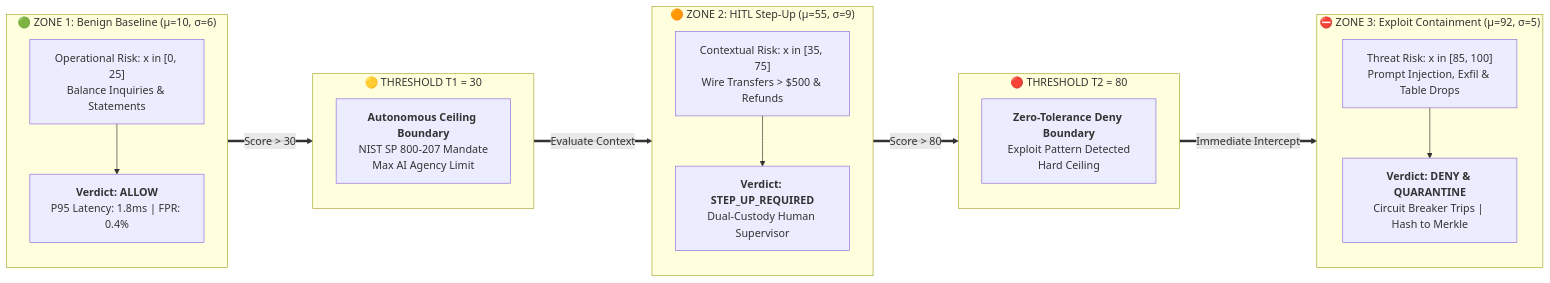
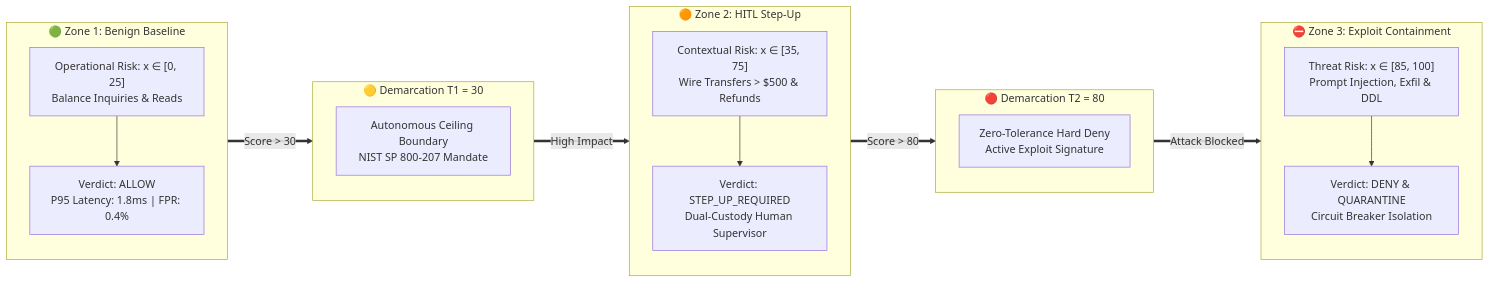
The fourth of 6 diagrams in README.md (SATTWIK-DEBNATH/HACKURITY-S), drawn with Mermaid before and after one commit. The commit also changed other lines of this file and 2 other files, not shown here.

Commit message:
docs: streamline Mermaid diagrams to clean beginning style, restore SVG charts, and preserve all annotations

````diff
--- a/README.md
+++ b/README.md
@@ -211,50 +184,49 @@
 ```mermaid
 flowchart LR
     %% Tri-Tier Gaussian Decision Separation & Demarcation Thresholds
     classDef benign fill:#064e3b,stroke:#10b981,stroke-width:2px,color:#fff;
-    classDef boundary1 fill:#78350f,stroke:#f59e0b,stroke-width:2px,color:#fff,stroke-dasharray: 4 4;
+    classDef boundary fill:#78350f,stroke:#f59e0b,stroke-width:2px,stroke-dasharray: 4 4,color:#fff;
     classDef hitl fill:#451a03,stroke:#fb923c,stroke-width:2px,color:#fff;
-    classDef boundary2 fill:#831843,stroke:#f43f5e,stroke-width:2px,color:#fff,stroke-dasharray: 4 4;
     classDef exploit fill:#4c0519,stroke:#ef4444,stroke-width:2px,color:#fff;
 
-    subgraph ZoneA ["🟢 ZONE 1: Benign Baseline (μ=10, σ=6)"]
+    subgraph Z1 ["🟢 Zone 1: Benign Baseline"]
         direction TB
-        ZA1["Operational Risk: x in [0, 25]<br/>Balance Inquiries & Statements"]
-        ZA2["<b>Verdict: ALLOW</b><br/>P95 Latency: 1.8ms | FPR: 0.4%"]
-        ZA1 --> ZA2
+        A1["Operational Risk: x ∈ [0, 25]<br/>Balance Inquiries & Reads"]
+        A2["Verdict: ALLOW<br/>P95 Latency: 1.8ms | FPR: 0.4%"]
+        A1 --> A2
     end
-    class ZoneA benign;
+    class Z1 benign;
 
-    subgraph Gate1 ["🟡 THRESHOLD T1 = 30"]
+    subgraph T1 ["🟡 Demarcation T1 = 30"]
         direction TB
-        G1["<b>Autonomous Ceiling Boundary</b><br/>NIST SP 800-207 Mandate<br/>Max AI Agency Limit"]
+        B1["Autonomous Ceiling Boundary<br/>NIST SP 800-207 Mandate"]
     end
-    class Gate1 boundary1;
+    class T1 boundary;
 
-    subgraph ZoneB ["🟠 ZONE 2: HITL Step-Up (μ=55, σ=9)"]
+    subgraph Z2 ["🟠 Zone 2: HITL Step-Up"]
         direction TB
-        ZB1["Contextual Risk: x in [35, 75]<br/>Wire Transfers > $500 & Refunds"]
-        ZB2["<b>Verdict: STEP_UP_REQUIRED</b><br/>Dual-Custody Human Supervisor"]
-        ZB1 --> ZB2
+        C1["Contextual Risk: x ∈ [35, 75]<br/>Wire Transfers > $500 & Refunds"]
+        C2["Verdict: STEP_UP_REQUIRED<br/>Dual-Custody Human Supervisor"]
+        C1 --> C2
     end
-    class ZoneB hitl;
+    class Z2 hitl;
 
-    subgraph Gate2 ["🔴 THRESHOLD T2 = 80"]
+    subgraph T2 ["🔴 Demarcation T2 = 80"]
         direction TB
-        G2["<b>Zero-Tolerance Deny Boundary</b><br/>Exploit Pattern Detected<br/>Hard Ceiling"]
+        D1["Zero-Tolerance Hard Deny<br/>Active Exploit Signature"]
     end
-    class Gate2 boundary2;
+    class T2 boundary;
 
-    subgraph ZoneC ["⛔ ZONE 3: Exploit Containment (μ=92, σ=5)"]
+    subgraph Z3 ["⛔ Zone 3: Exploit Containment"]
         direction TB
-        ZC1["Threat Risk: x in [85, 100]<br/>Prompt Injection, Exfil & Table Drops"]
-        ZC2["<b>Verdict: DENY & QUARANTINE</b><br/>Circuit Breaker Trips | Hash to Merkle"]
-        ZC1 --> ZC2
+        E1["Threat Risk: x ∈ [85, 100]<br/>Prompt Injection, Exfil & DDL"]
+        E2["Verdict: DENY & QUARANTINE<br/>Circuit Breaker Isolation"]
+        E1 --> E2
     end
-    class ZoneC exploit;
+    class Z3 exploit;
 
-    ZoneA ==>|Score > 30| Gate1
-    Gate1 ==>|Evaluate Context| ZoneB
-    ZoneB ==>|Score > 80| Gate2
-    Gate2 ==>|Immediate Intercept| ZoneC
+    Z1 ==>|Score > 30| T1
+    T1 ==>|High Impact| Z2
+    Z2 ==>|Score > 80| T2
+    T2 ==>|Attack Blocked| Z3
 ```
````
